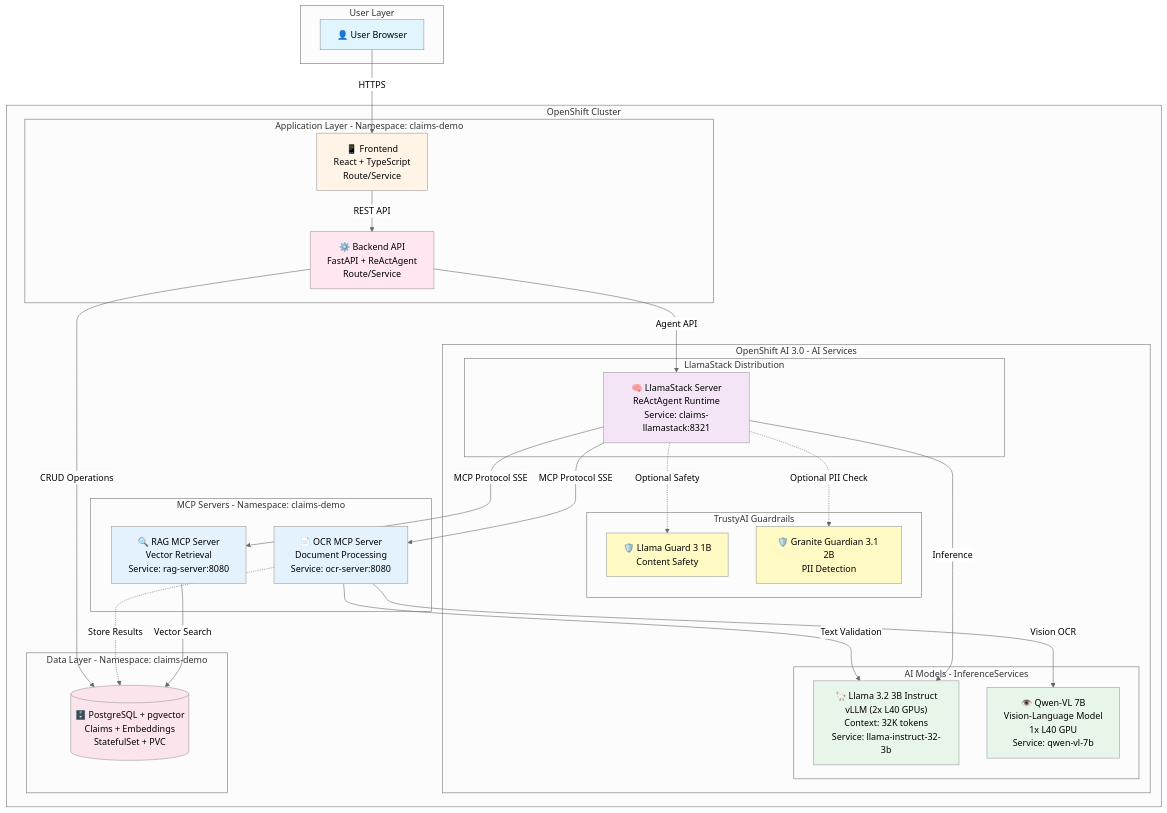
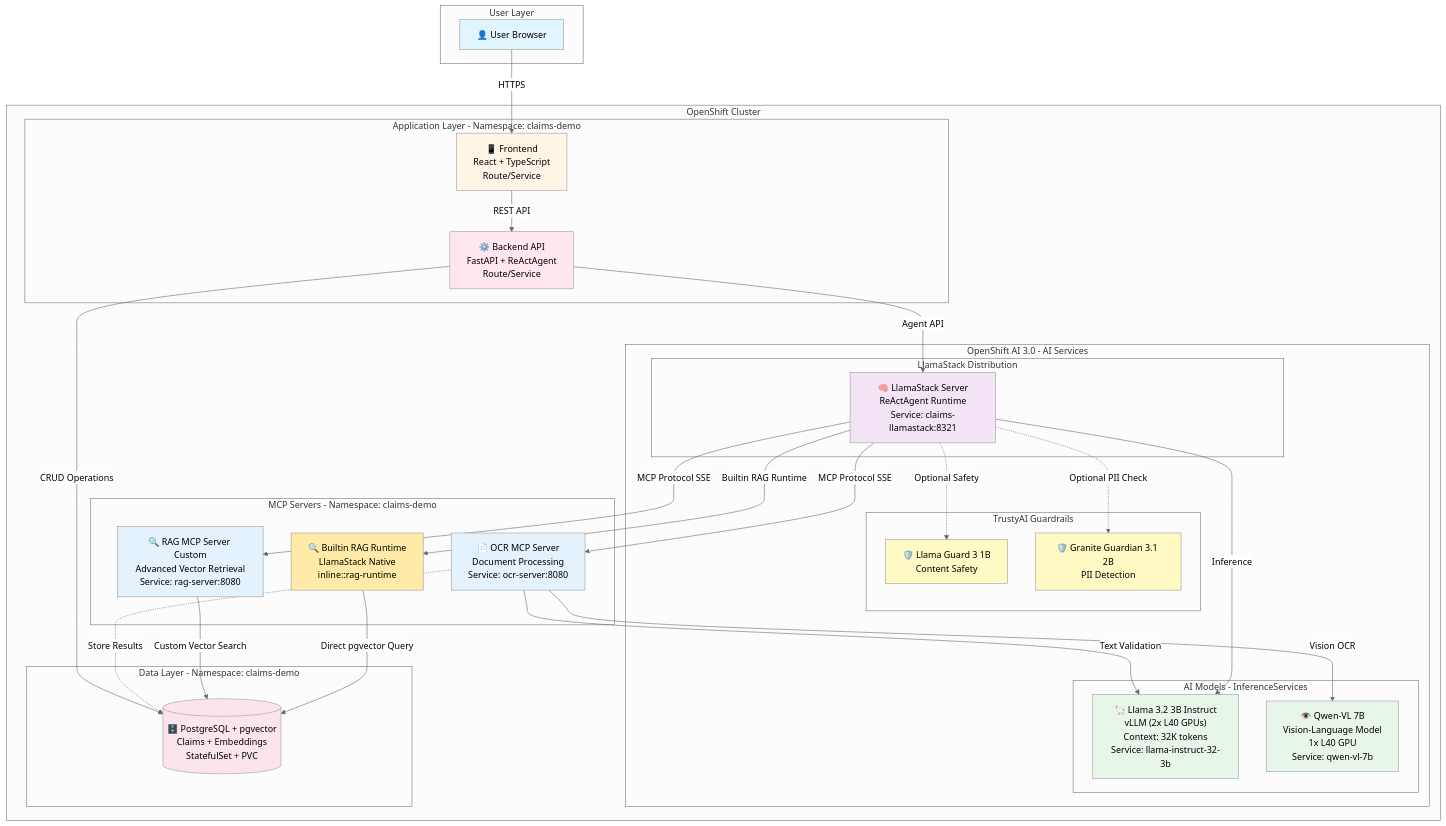
One commit to mouachan/agentic-claim-demo changed the diagram in README.md. Above: the diagram before and after it, drawn with Mermaid (neutral theme). The commit also changed other lines of this file and 3 other files, not shown here.

````diff
--- a/README.md
+++ b/README.md
@@ -11,75 +53,81 @@
 ```mermaid
 graph TB
     subgraph "User Layer"
         U[👤 User Browser]
     end
 
     subgraph "OpenShift Cluster"
         subgraph "Application Layer - Namespace: claims-demo"
             F[📱 Frontend<br/>React + TypeScript<br/>Route/Service]
             B[⚙️ Backend API<br/>FastAPI + ReActAgent<br/>Route/Service]
         end
 
         subgraph "OpenShift AI 3.0 - AI Services"
             subgraph "LlamaStack Distribution"
                 LS[🧠 LlamaStack Server<br/>ReActAgent Runtime<br/>Service: claims-llamastack:8321]
             end
 
             subgraph "AI Models - InferenceServices"
                 LLM["🦙 Llama 3.2 3B Instruct<br/>vLLM (2x L40 GPUs)<br/>Context: 32K tokens<br/>Service: llama-instruct-32-3b"]
                 QWEN["👁️ Qwen-VL 7B<br/>Vision-Language Model<br/>1x L40 GPU<br/>Service: qwen-vl-7b"]
             end
 
             subgraph "TrustyAI Guardrails"
                 LG["🛡️ Llama Guard 3 1B<br/>Content Safety"]
                 GG["🛡️ Granite Guardian 3.1 2B<br/>PII Detection"]
             end
         end
 
         subgraph "MCP Servers - Namespace: claims-demo"
             OCR["📄 OCR MCP Server<br/>Document Processing<br/>Service: ocr-server:8080"]
-            RAG["🔍 RAG MCP Server<br/>Vector Retrieval<br/>Service: rag-server:8080"]
+            RAG["🔍 RAG MCP Server Custom<br/>Advanced Vector Retrieval<br/>Service: rag-server:8080"]
+            RAGBUILTIN["🔍 Builtin RAG Runtime<br/>LlamaStack Native<br/>inline::rag-runtime"]
         end
 
         subgraph "Data Layer - Namespace: claims-demo"
             DB[(🗄️ PostgreSQL + pgvector<br/>Claims + Embeddings<br/>StatefulSet + PVC)]
         end
     end
 
     %% User connections
     U -->|HTTPS| F
     F -->|REST API| B
 
     %% Backend to LlamaStack
     B -->|Agent API| LS
 
     %% LlamaStack to Models
     LS -->|Inference| LLM
     LS -->|MCP Protocol SSE| OCR
     LS -->|MCP Protocol SSE| RAG
     LS -.->|Optional Safety| LG
     LS -.->|Optional PII Check| GG
 
+    %% LlamaStack Builtin RAG (inline runtime)
+    LS -->|Builtin RAG Runtime| RAGBUILTIN
+    RAGBUILTIN -->|Direct pgvector Query| DB
+
     %% MCP Servers to AI Models
     OCR -->|Vision OCR| QWEN
     OCR -->|Text Validation| LLM
 
     %% MCP Servers to Data
-    RAG -->|Vector Search| DB
+    RAG -->|Custom Vector Search| DB
     OCR -.->|Store Results| DB
 
     %% Backend to Data
     B -->|CRUD Operations| DB
 
     style U fill:#e1f5ff
     style F fill:#fff4e6
     style B fill:#ffe6f0
     style LS fill:#f3e5f5
     style LLM fill:#e8f5e9
     style QWEN fill:#e8f5e9
     style LG fill:#fff9c4
     style GG fill:#fff9c4
     style OCR fill:#e3f2fd
     style RAG fill:#e3f2fd
+    style RAGBUILTIN fill:#ffeaa7
     style DB fill:#fce4ec
 ```
````
